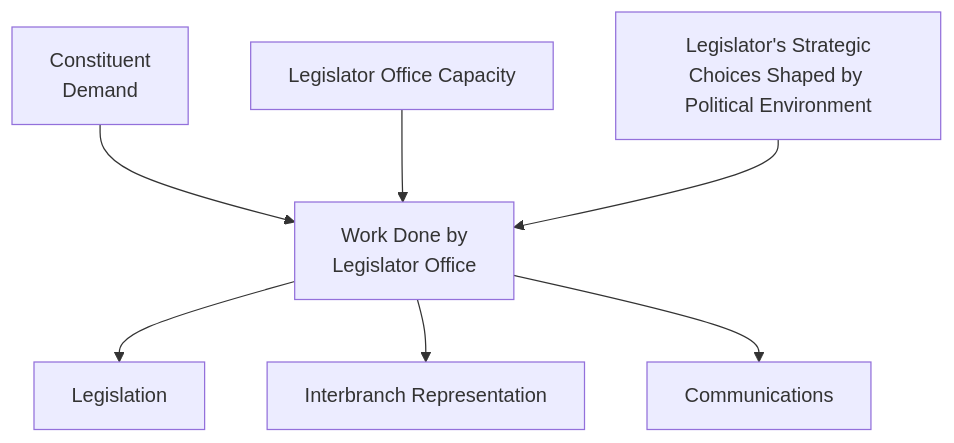
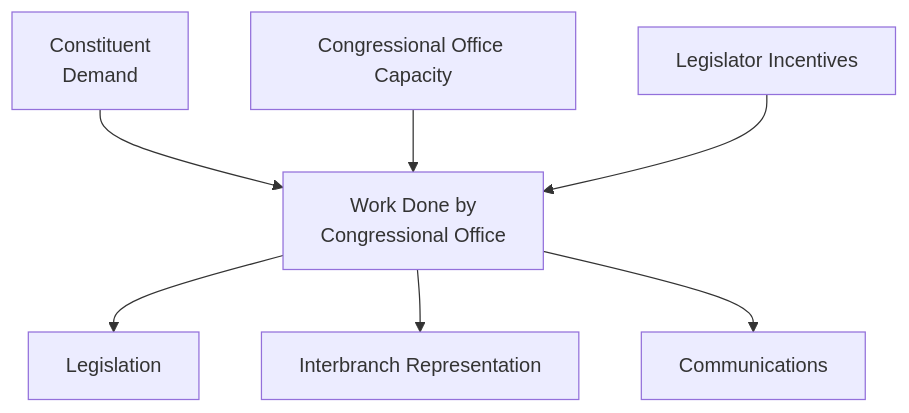
One commit to judgelord/cor-book changed the first of 5 diagrams in causal.qmd. Above: the diagram before and after it, drawn with Mermaid. The commit also changed other lines of this file, not shown here.

````diff
--- a/causal.qmd
+++ b/causal.qmd
@@ -23,24 +23,24 @@
 ```{mermaid}
 %%| label: fig-causal-overall
 %%| fig-cap: "How constituent demand, capacity, political environment, and Legislator's strategic choices shape interbranch representation activities"
 %%| fig-width: 6.5
 %%| out-width: "100%"
 
 flowchart TD
         CD["Constituent<br/>Demand"]
-        IR["Legislator Office Capacity"]
-        G["Legislator's Strategic<br/>Choices Shaped by Political Environment"]
-        W["Work Done by<br/>Legislator Office"]
+        IR["Congressional Office Capacity"]
+        G["Legislator Incentives"]
+        W["Work Done by<br/>Congressional Office"]
         L["Legislation"]
         A["Interbranch Representation"]
         C["Communications"]
 
     CD --> W
     IR --> W
     G --> W
     W --> L
     W --> A
     W --> C
 
 
 ```
````
